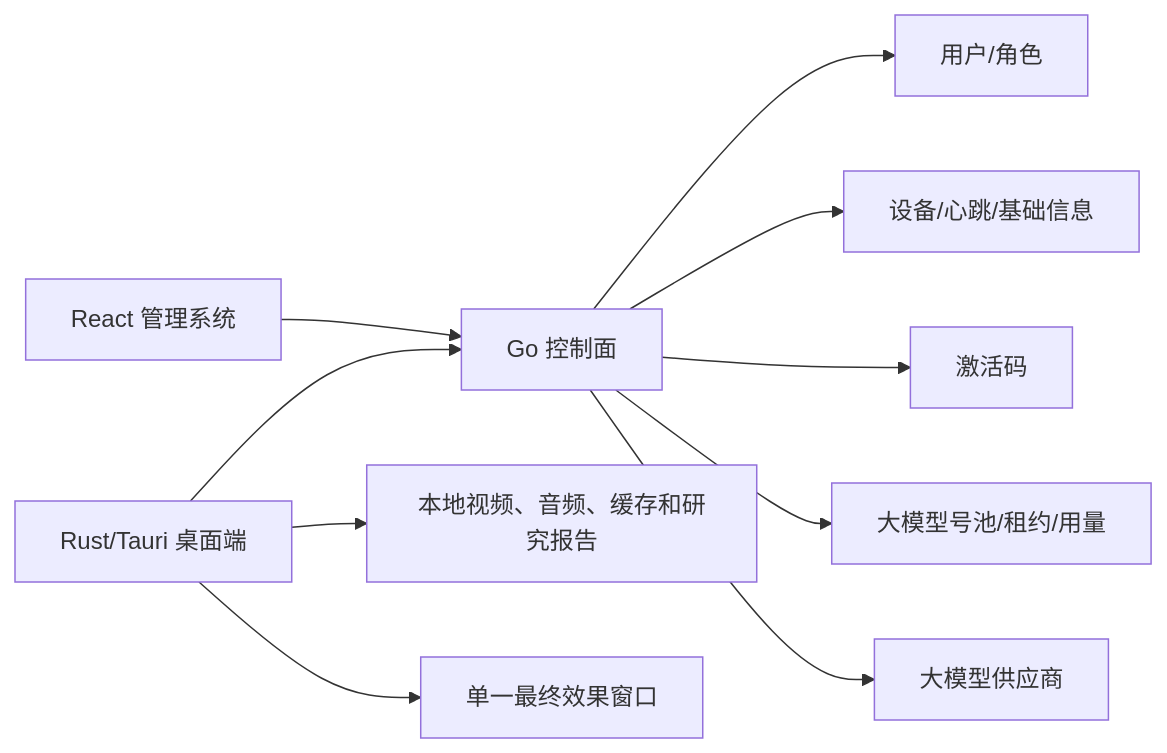
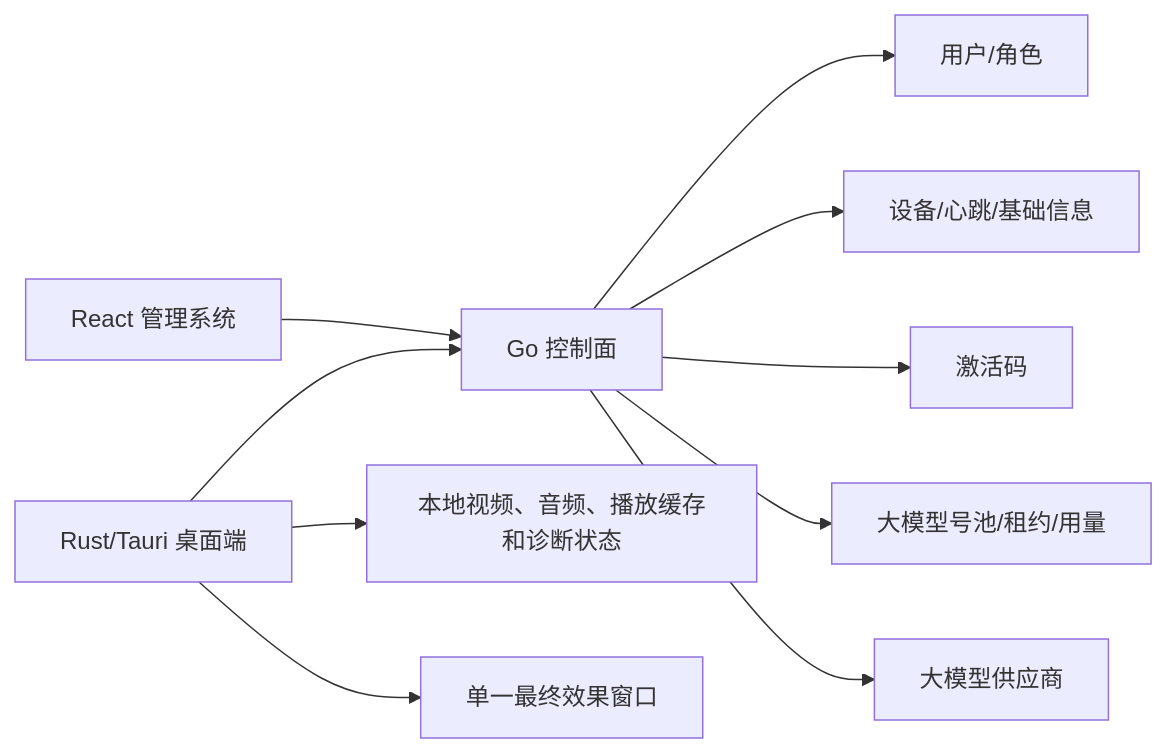
Before and after one commit to asd494235908/autolive: the fourth of 4 diagrams in 桌面端功能流程图.md, drawn with Mermaid. The commit also changed other lines of this file and 165 other files, not shown here.

````diff
--- a/桌面端功能流程图.md
+++ b/桌面端功能流程图.md
@@ -109,12 +104,12 @@
 ```mermaid
 flowchart LR
     Admin[React 管理系统] --> Go[Go 控制面]
     Go --> User[用户/角色]
     Go --> Device[设备/心跳/基础信息]
     Go --> Activation[激活码]
     Go --> Pool[大模型号池/租约/用量]
     Desktop[Rust/Tauri 桌面端] --> Go
-    Desktop --> Local[本地视频、音频、缓存和研究报告]
+    Desktop --> Local[本地视频、音频、播放缓存和诊断状态]
     Desktop --> Popup[单一最终效果窗口]
     Go --> Provider[大模型供应商]
 ```
````
